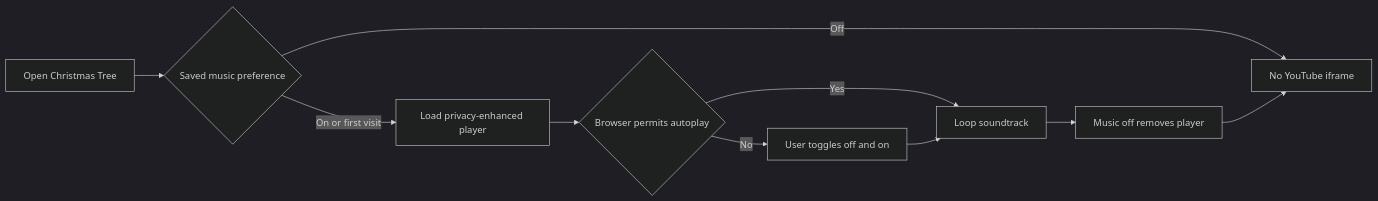
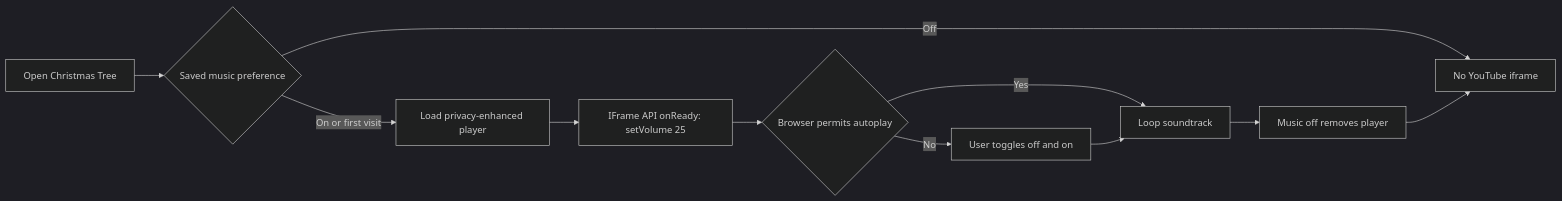
The diagram in docs/features/christmas-tree/optimization.md (may24fc/sn-connect-app), drawn with Mermaid (dark theme) before and after one commit. The commit also changed other lines of this file and 4 other files, not shown here.

````diff
--- a/docs/features/christmas-tree/optimization.md
+++ b/docs/features/christmas-tree/optimization.md
@@ -44,12 +45,13 @@
 ```mermaid
 flowchart LR
     A[Open Christmas Tree] --> B{Saved music preference}
     B -->|Off| C[No YouTube iframe]
     B -->|On or first visit| D[Load privacy-enhanced player]
-    D --> E{Browser permits autoplay}
+    D --> V[IFrame API onReady: setVolume 25]
+    V --> E{Browser permits autoplay}
     E -->|Yes| F[Loop soundtrack]
     E -->|No| G[User toggles off and on]
     G --> F
     F --> H[Music off removes player]
     H --> C
 ```
````
